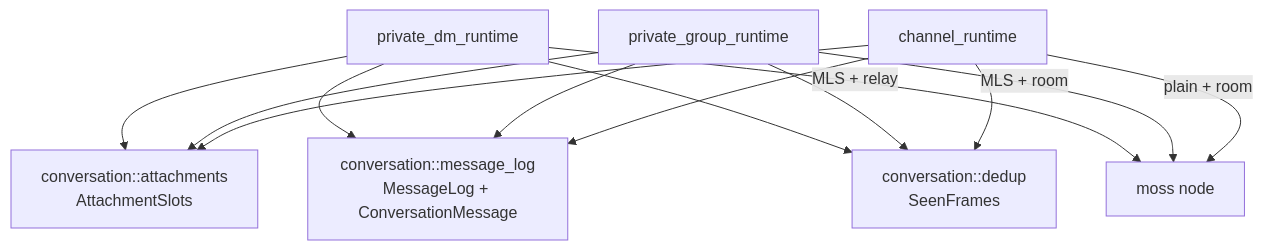
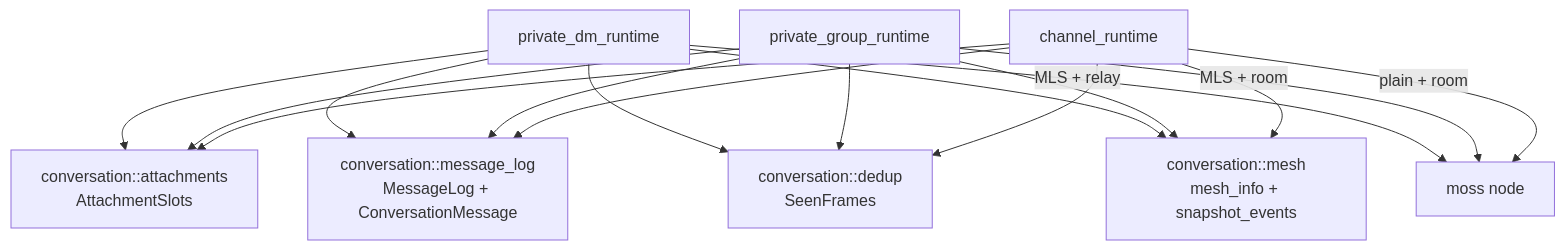
Before and after one commit to redstone-md/mosh-flutter: the eighth of 8 diagrams in docs/Architecture.md, drawn with Mermaid. The commit also changed other lines of this file and 6 other files, not shown here.

````diff
--- a/docs/Architecture.md
+++ b/docs/Architecture.md
@@ -315,23 +315,27 @@
 ```mermaid
 flowchart TD
     Dm[private_dm_runtime]
     Gr[private_group_runtime]
     Ch[channel_runtime]
     Slots["conversation::attachments<br/>AttachmentSlots"]
     Log["conversation::message_log<br/>MessageLog + ConversationMessage"]
     Seen["conversation::dedup<br/>SeenFrames"]
+    Mesh["conversation::mesh<br/>mesh_info + snapshot_events"]
     Moss[moss node]
 
     Dm --> Slots
     Dm --> Log
     Dm --> Seen
+    Dm --> Mesh
     Gr --> Slots
     Gr --> Log
     Gr --> Seen
+    Gr --> Mesh
     Ch --> Slots
     Ch --> Log
     Ch --> Seen
+    Ch --> Mesh
     Dm -->|"MLS + relay"| Moss
     Gr -->|"MLS + room"| Moss
     Ch -->|"plain + room"| Moss
 ```
````
